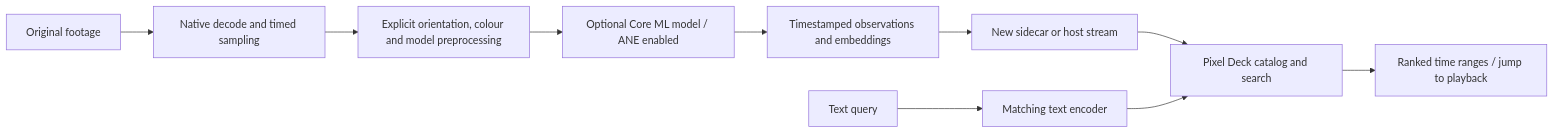
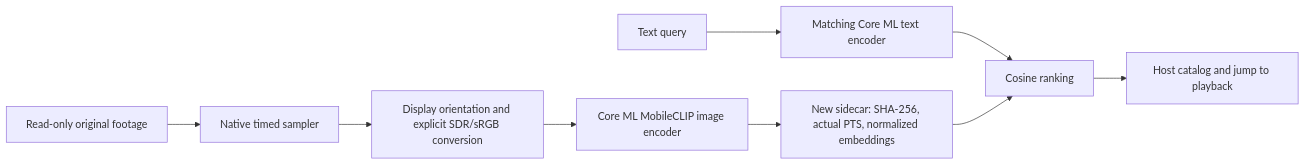
The diagram in docs/architecture/semantic-analysis.md (tomislavrupic/PXLmpeg), drawn with Mermaid before and after one commit. The commit also changed other lines of this file and 27 other files, not shown here.

Commit message:
Add native Core ML semantic search prototype and ANE validation

````diff
--- a/docs/architecture/semantic-analysis.md
+++ b/docs/architecture/semantic-analysis.md
@@ -9,12 +9,11 @@
 ```mermaid
 flowchart LR
-  V[Original footage] --> D[Native decode and timed sampling]
-  D --> P[Explicit orientation, colour and model preprocessing]
-  P --> M[Optional Core ML model / ANE enabled]
-  M --> O[Timestamped observations and embeddings]
-  O --> S[New sidecar or host stream]
-  S --> C[Pixel Deck catalog and search]
-  Q[Text query] --> T[Matching text encoder]
-  T --> C
-  C --> J[Ranked time ranges / jump to playback]
+  V[Read-only original footage] --> D[Native timed sampler]
+  D --> P[Display orientation and explicit SDR/sRGB conversion]
+  P --> I[Core ML MobileCLIP image encoder]
+  I --> S[New sidecar: SHA-256, actual PTS, normalized embeddings]
+  Q[Text query] --> T[Matching Core ML text encoder]
+  T --> R[Cosine ranking]
+  S --> R
+  R --> H[Host catalog and jump to playback]
 ```
````
